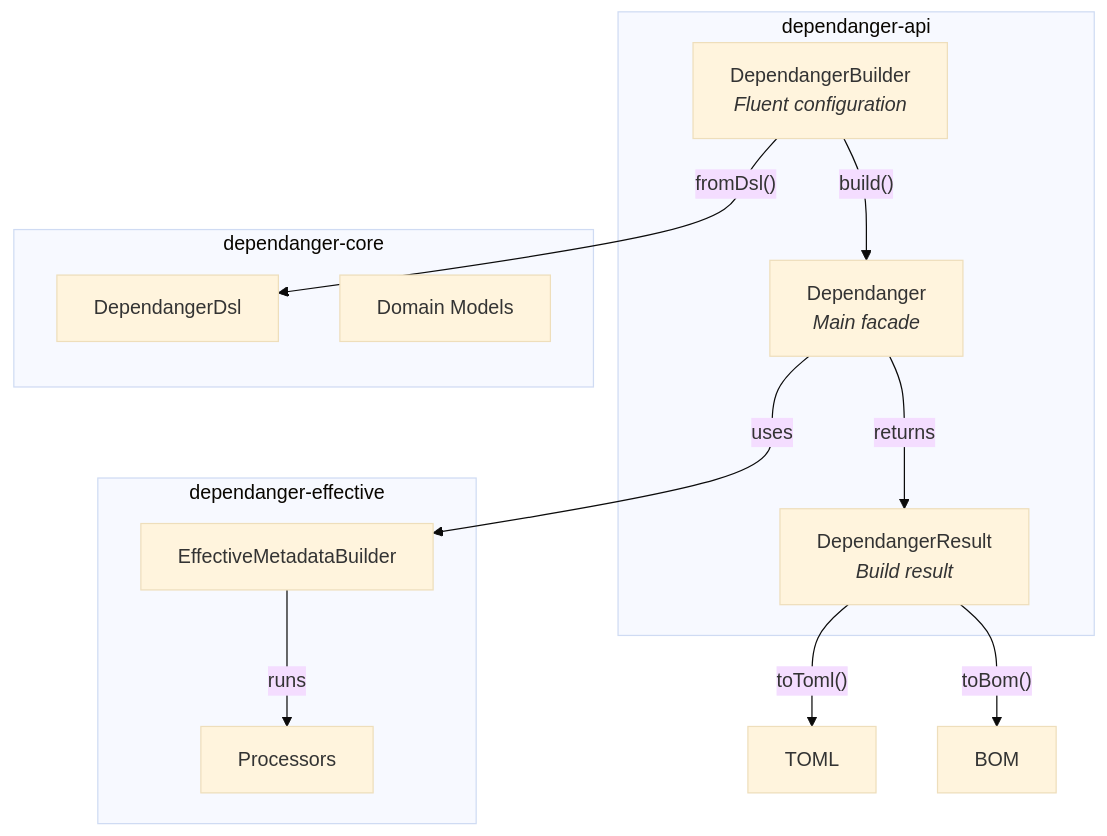
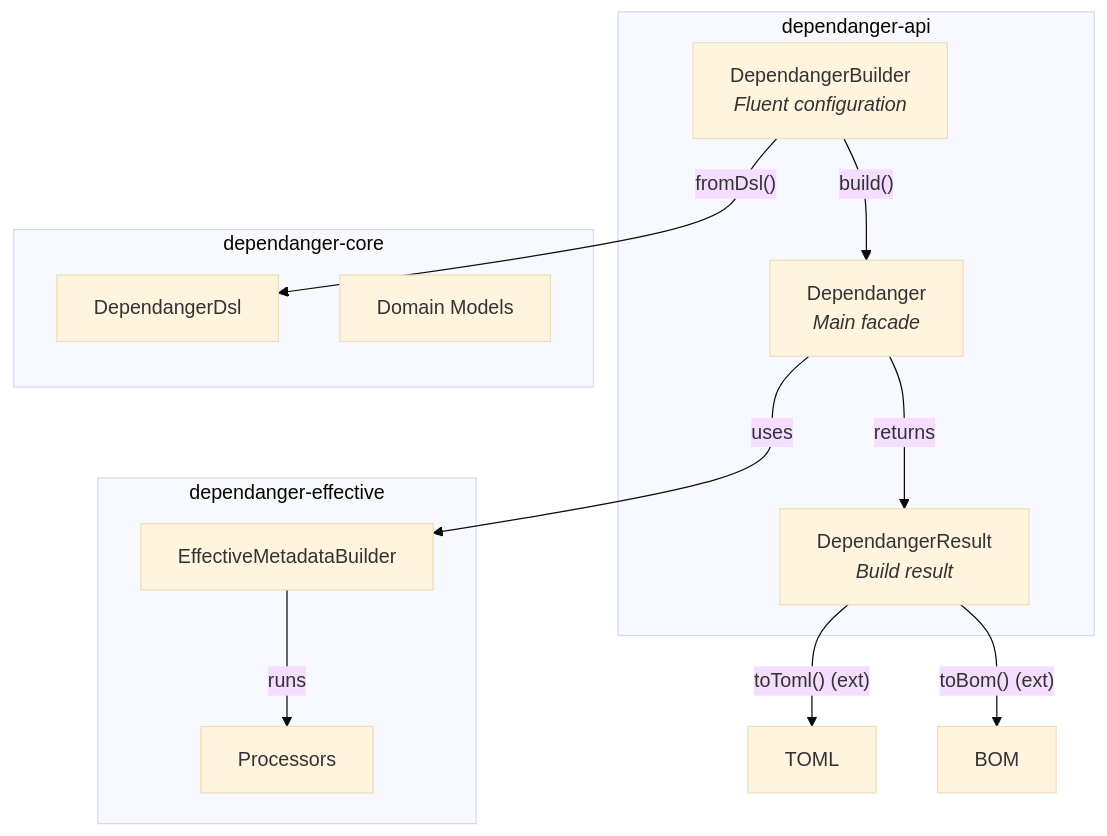
The third of 5 diagrams in docs/01-concepts/architecture.adoc (zenhelix/dependanger), drawn with Mermaid (base theme) before and after one commit. The commit also changed other lines of this file and 9 other files, not shown here.

```diff
--- a/docs/01-concepts/architecture.adoc
+++ b/docs/01-concepts/architecture.adoc
@@ -181,27 +181,27 @@
 [mermaid,target=c4-component,format=svg]
 ----
 flowchart TB
     subgraph api ["dependanger-api"]
         builder["DependangerBuilder<br/><i>Fluent configuration</i>"]
         facade["Dependanger<br/><i>Main facade</i>"]
         result["DependangerResult<br/><i>Build result</i>"]
     end
 
     subgraph core ["dependanger-core"]
         dsl["DependangerDsl"]
         models["Domain Models"]
     end
 
     subgraph effective ["dependanger-effective"]
         pipeline["EffectiveMetadataBuilder"]
         processors["Processors"]
     end
 
     builder -->|"fromDsl()"| dsl
     builder -->|"build()"| facade
     facade -->|"uses"| pipeline
     facade -->|"returns"| result
     pipeline -->|"runs"| processors
-    result -->|"toToml()"| toml["TOML"]
-    result -->|"toBom()"| bom["BOM"]
+    result -->|"toToml() (ext)"| toml["TOML"]
+    result -->|"toBom() (ext)"| bom["BOM"]
 ----
```
